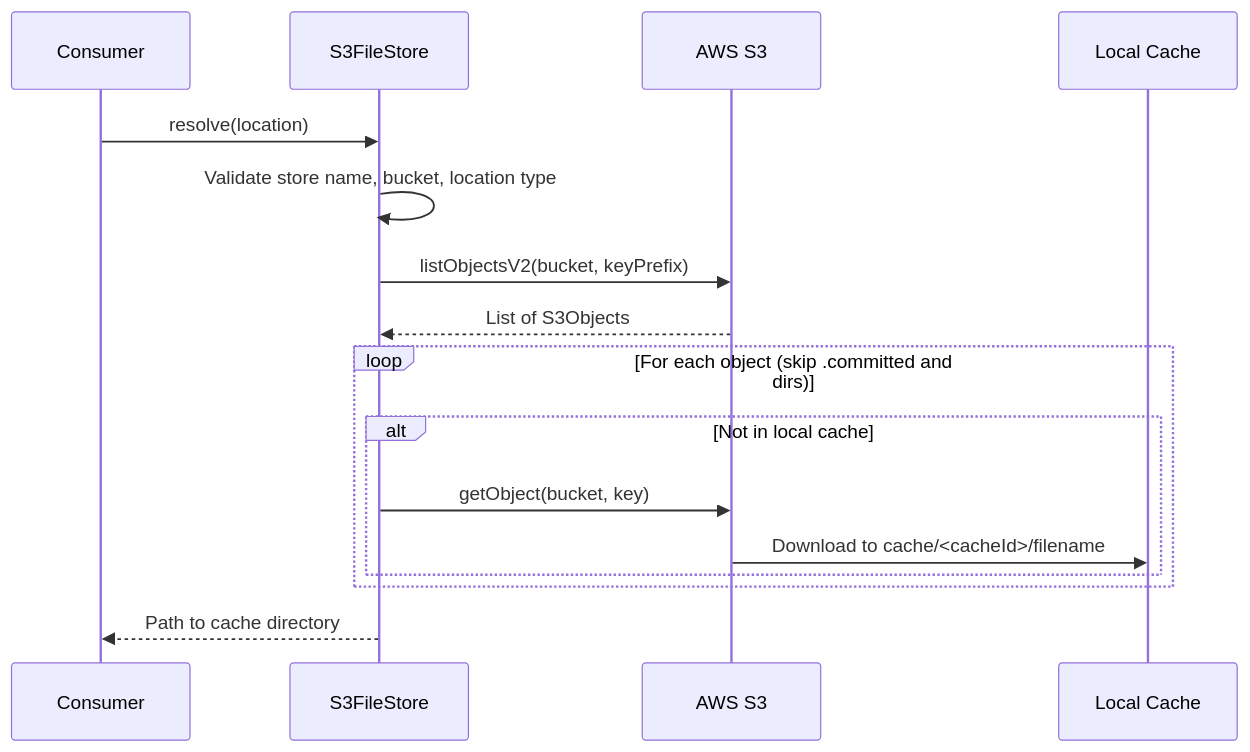
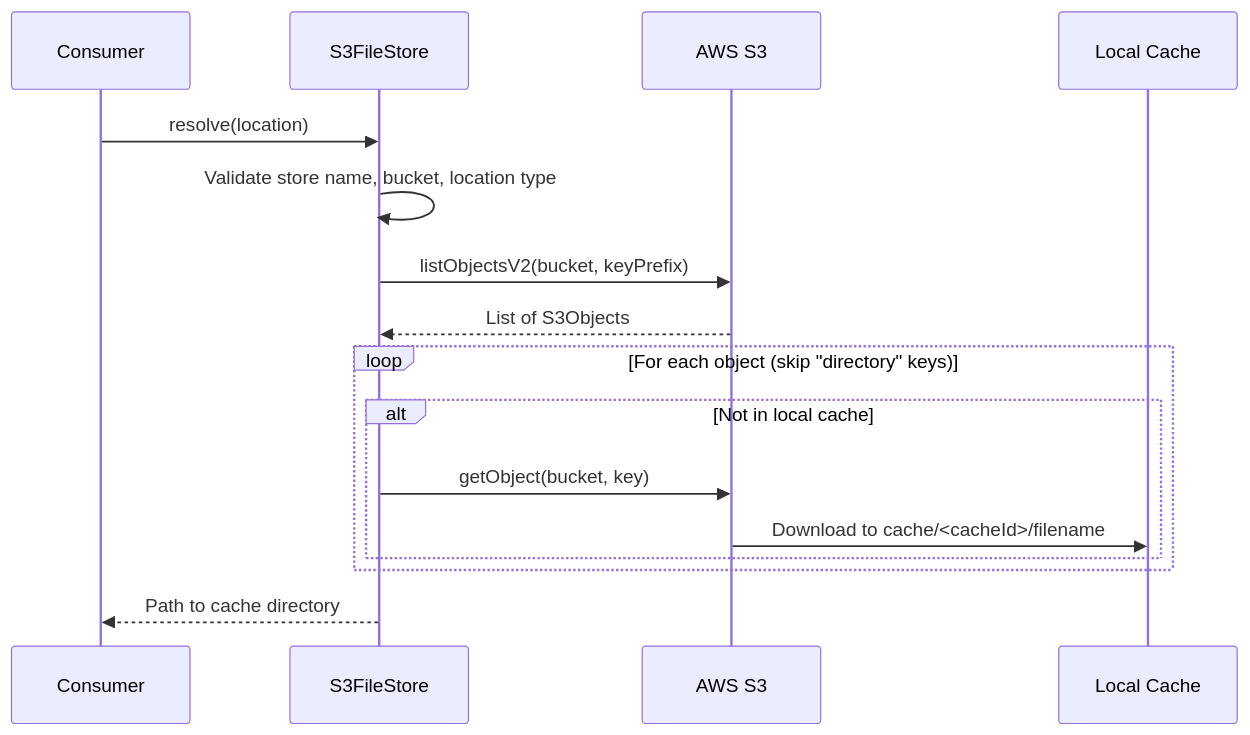
One commit to gchq/stroom changed the seventh of 10 diagrams in stroom-proxy/designs/infrastructure/file-stores.md. Above: the diagram before and after it, drawn with Mermaid. The commit also changed other lines of this file and 7 other files, not shown here.

````diff
--- a/stroom-proxy/designs/infrastructure/file-stores.md
+++ b/stroom-proxy/designs/infrastructure/file-stores.md
@@ -283,21 +305,21 @@
 ```mermaid
 sequenceDiagram
     participant C as Consumer
     participant S3FS as S3FileStore
     participant S3 as AWS S3
     participant FS as Local Cache
 
     C->>S3FS: resolve(location)
     S3FS->>S3FS: Validate store name, bucket, location type
     S3FS->>S3: listObjectsV2(bucket, keyPrefix)
     S3-->>S3FS: List of S3Objects
     
-    loop For each object (skip .committed and dirs)
+    loop For each object (skip "directory" keys)
         alt Not in local cache
             S3FS->>S3: getObject(bucket, key)
             S3->>FS: Download to cache/<cacheId>/filename
         end
     end
 
     S3FS-->>C: Path to cache directory
 ```
````
